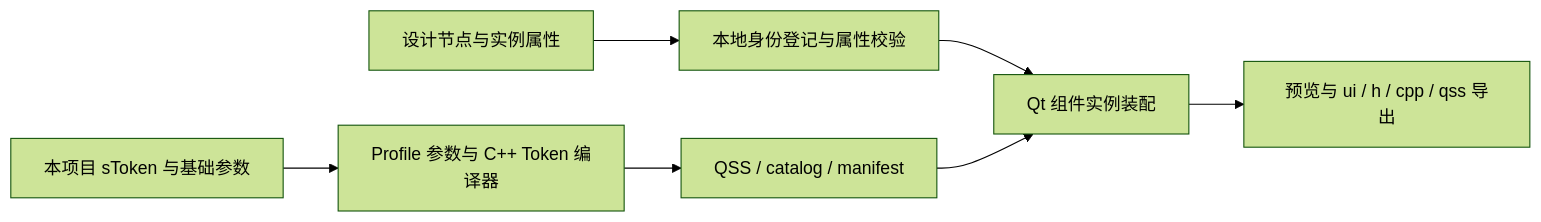
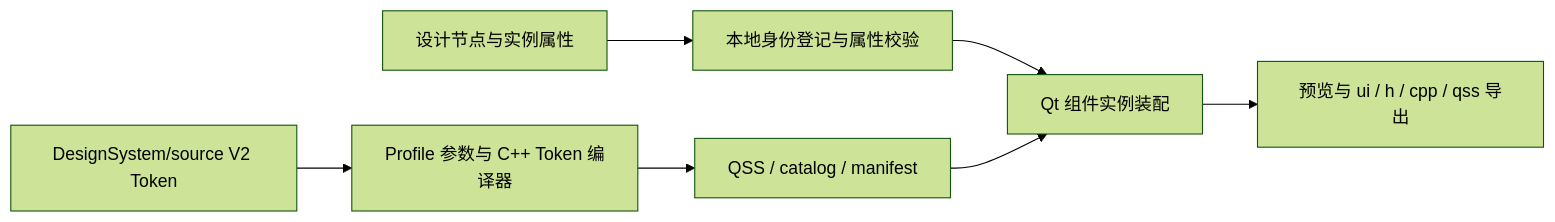
Before and after one commit to zeddius-078/ComponentLab-Delivery: the diagram in DesignToCode_GenerateComponent/docs/mainSkill/generate-component-pipeline/references/设计组件映射指南.md, drawn with Mermaid (forest theme). The commit also changed other lines of this file and 1697 other files, not shown here.

Commit message:
Checkpoint V2 component and design-system migration

````diff
--- a/DesignToCode_GenerateComponent/docs/mainSkill/generate-component-pipeline/references/设计组件映射指南.md
+++ b/DesignToCode_GenerateComponent/docs/mainSkill/generate-component-pipeline/references/设计组件映射指南.md
@@ -91,9 +89,9 @@
 ```mermaid
 flowchart LR
     A[设计节点与实例属性] --> B[本地身份登记与属性校验]
     B --> C[Qt 组件实例装配]
-    T[本项目 sToken 与基础参数] --> P[Profile 参数与 C++ Token 编译器]
+    T[DesignSystem/source V2 Token] --> P[Profile 参数与 C++ Token 编译器]
     P --> Q[QSS / catalog / manifest]
     Q --> C
     C --> R[预览与 ui / h / cpp / qss 导出]
 ```
````
